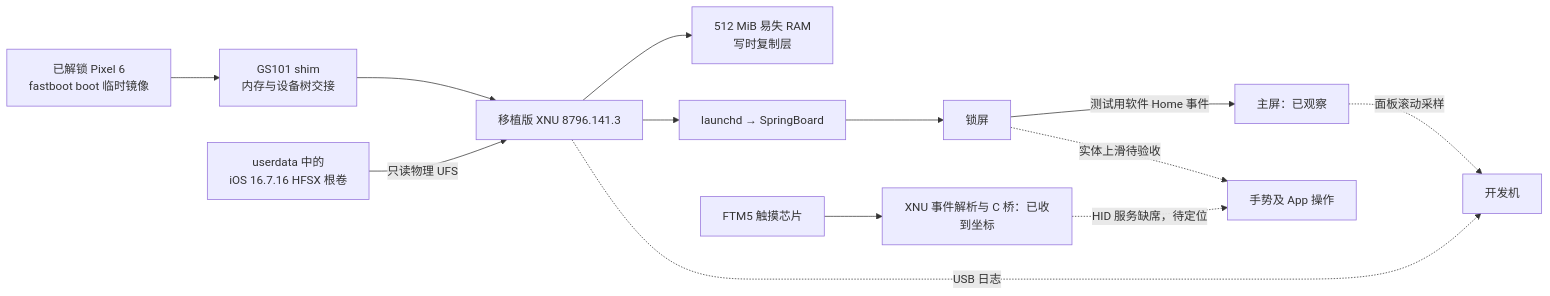
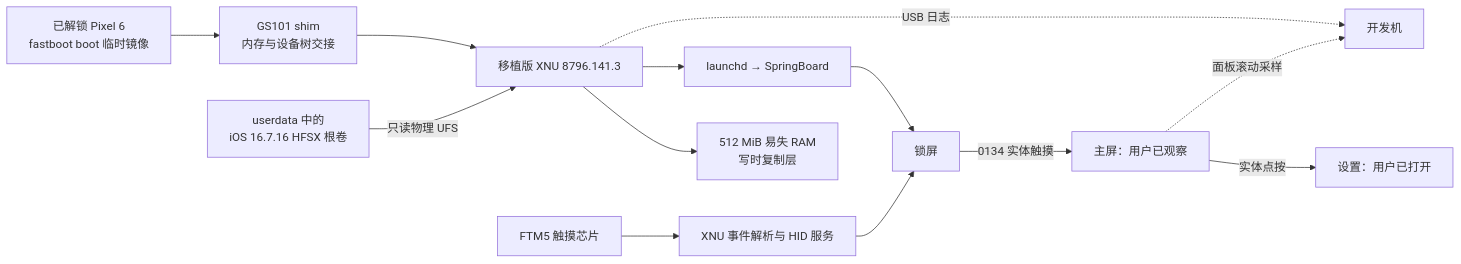
One commit to everettjf/pixel6ios changed the first of 2 diagrams in README.md. Above: the diagram before and after it, drawn with Mermaid. The commit also changed other lines of this file and 1 other file, not shown here.

````diff
--- a/README.md
+++ b/README.md
@@ -31,15 +34,15 @@
 ```mermaid
 flowchart LR
     A[已解锁 Pixel 6<br/>fastboot boot 临时镜像] --> B[GS101 shim<br/>内存与设备树交接]
     B --> C[移植版 XNU 8796.141.3]
     D[userdata 中的<br/>iOS 16.7.16 HFSX 根卷] -->|只读物理 UFS| C
     C --> E[512 MiB 易失 RAM<br/>写时复制层]
     C --> F[launchd → SpringBoard]
     F --> G[锁屏]
-    G -->|测试用软件 Home 事件| H[主屏：已观察]
-    G -. 实体上滑待验收 .-> J[手势及 App 操作]
-    T[FTM5 触摸芯片] --> U[XNU 事件解析与 C 桥：已收到坐标]
-    U -. HID 服务缺席，待定位 .-> J
+    G -->|0134 实体触摸| H[主屏：用户已观察]
+    H -->|实体点按| J[设置：用户已打开]
+    T[FTM5 触摸芯片] --> U[XNU 事件解析与 HID 服务]
+    U --> G
     C -. USB 日志 .-> I[开发机]
     H -. 面板滚动采样 .-> I
 ```
````
